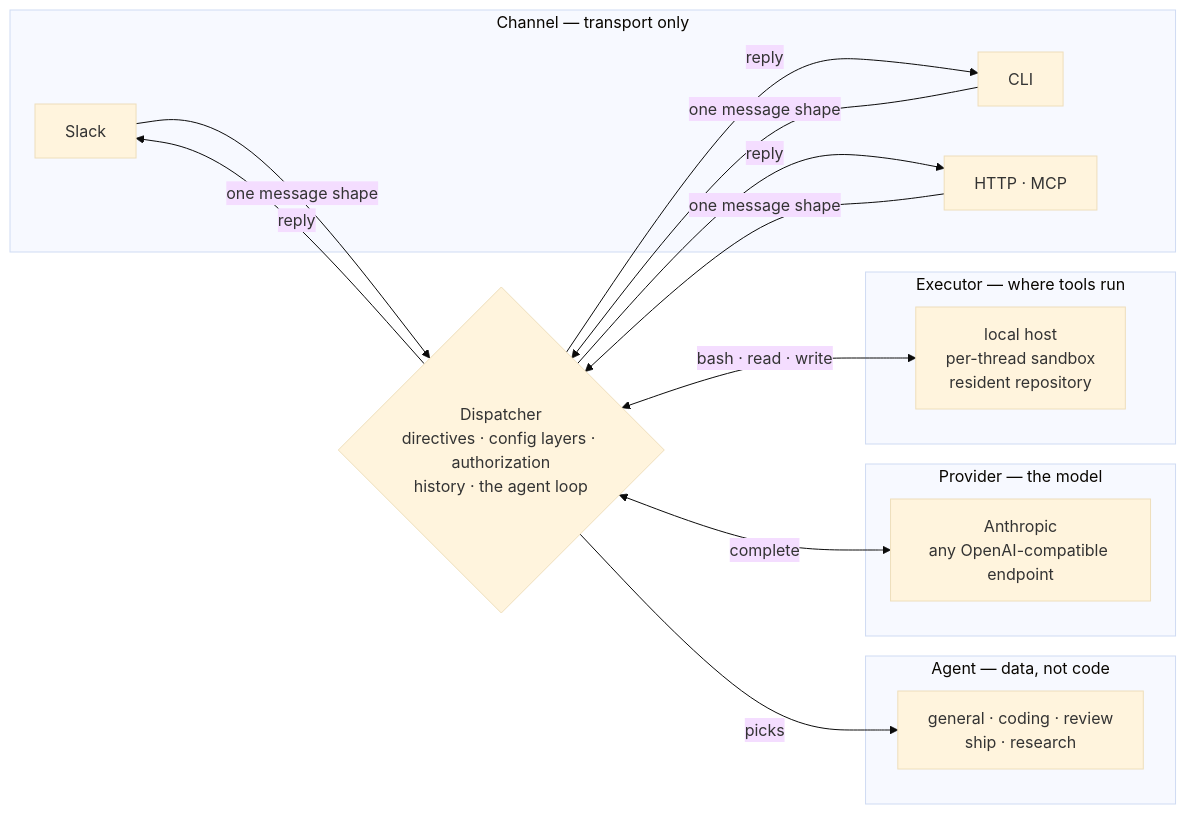
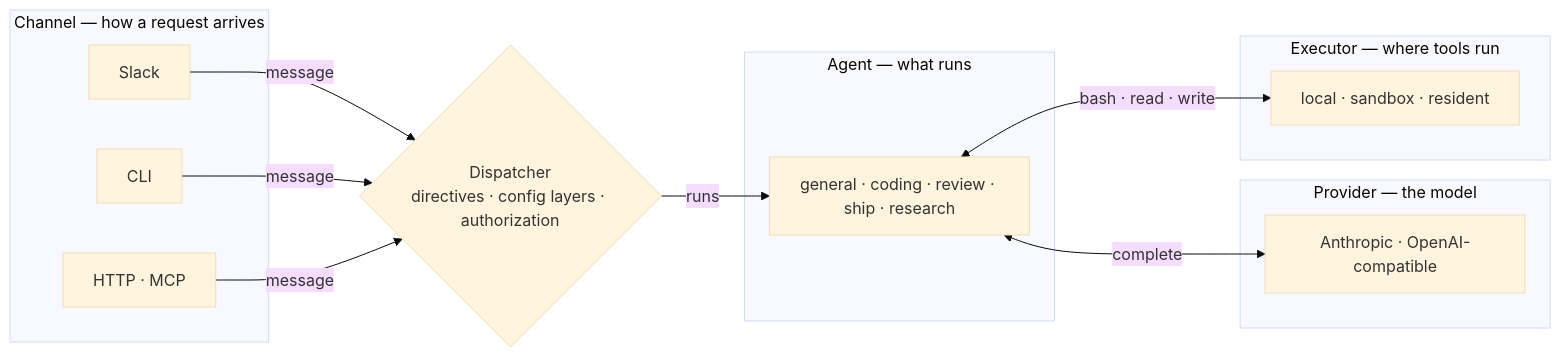
One commit to coreplanelabs/switchboard changed the first of 3 diagrams in docs/explanation/architecture.md. Above: the diagram before and after it, drawn with Mermaid (base theme). The commit also changed other lines of this file and 22 other files, not shown here.

First line of the commit message:
docs(docs): every diagram shares one visual system, and the four seams and the deploy order are drawn from one source each

````diff
--- a/docs/explanation/architecture.md
+++ b/docs/explanation/architecture.md
@@ -9,23 +11,22 @@
 ```mermaid
 flowchart LR
-    subgraph channel ["Channel — transport only"]
-        SL["Slack"]
-        CLI["CLI"]
-        HTTP["HTTP · MCP"]
+    subgraph channel ["Channel — how a request arrives"]
+        C1["Slack"]
+        C2["CLI"]
+        C3["HTTP · MCP"]
     end
-    D{"Dispatcher<br/>directives · config layers · authorization<br/>history · the agent loop"}
-    subgraph agent ["Agent — data, not code"]
-        AG["general · coding · review<br/>ship · research"]
+    D{"Dispatcher<br/>directives · config layers · authorization"}
+    subgraph agent ["Agent — what runs"]
+        AG["general · coding · review · ship · research"]
     end
     subgraph provider ["Provider — the model"]
-        P["Anthropic<br/>any OpenAI-compatible endpoint"]
+        P["Anthropic · OpenAI-compatible"]
     end
     subgraph executor ["Executor — where tools run"]
-        E["local host<br/>per-thread sandbox<br/>resident repository"]
+        E["local · sandbox · resident"]
     end
-    SL & CLI & HTTP -->|"one message shape"| D
-    D -->|"picks"| AG
-    D <-->|"complete"| P
-    D <-->|"bash · read · write"| E
-    D -->|"reply"| SL & CLI & HTTP
+    C1 & C2 & C3 -->|"message"| D
+    D -->|"runs"| AG
+    AG <-->|"complete"| P
+    AG <-->|"bash · read · write"| E
 ```
````
